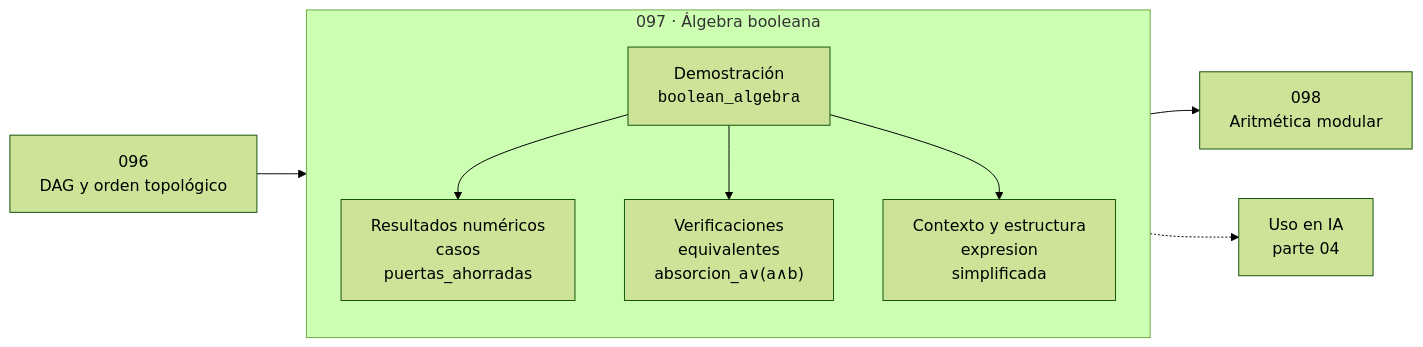
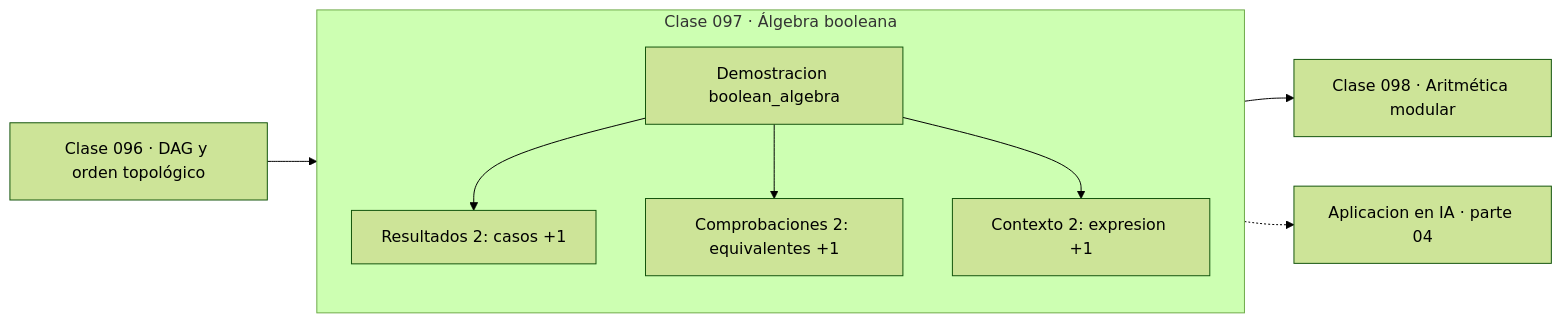
The diagram in classes/part-04-matematica-discreta-para-computacion/097-algebra-booleana/README.md (vladimiracunadev-create/computational-mathematics-program), drawn with Mermaid (forest theme) before and after one commit. The commit also changed other lines of this file and 389 other files, not shown here.

First line of the commit message:
fix(diagramas): elimina el HTML de las etiquetas Mermaid

````diff
--- a/classes/part-04-matematica-discreta-para-computacion/097-algebra-booleana/README.md
+++ b/classes/part-04-matematica-discreta-para-computacion/097-algebra-booleana/README.md
@@ -30,12 +36,13 @@
 ```mermaid
 flowchart LR
-    P["096<br/>DAG y orden topológico"] --> C
-    subgraph C["097 · Álgebra booleana"]
+    P["Clase 096 · DAG y orden topológico"] --> D
+    subgraph CLASE["Clase 097 · Álgebra booleana"]
         direction TB
-        D["Demostración<br/><code>boolean_algebra</code>"] --> R["Resultados numéricos<br/>casos<br/>puertas_ahorradas"]
-        D --> V["Verificaciones<br/>equivalentes<br/>absorcion_a∨(a∧b)"]
-        D --> O["Contexto y estructura<br/>expresion<br/>simplificada"]
+        D["Demostracion boolean_algebra"]
+        D --> R["Resultados 2: casos +1"]
+        D --> V["Comprobaciones 2: equivalentes +1"]
+        D --> O["Contexto 2: expresion +1"]
     end
-    C --> N["098<br/>Aritmética modular"]
-    C -.-> IA["Uso en IA<br/>parte 04"]
+    R --> N["Clase 098 · Aritmética modular"]
+    V -.-> IA["Aplicacion en IA · parte 04"]
 ```
````
